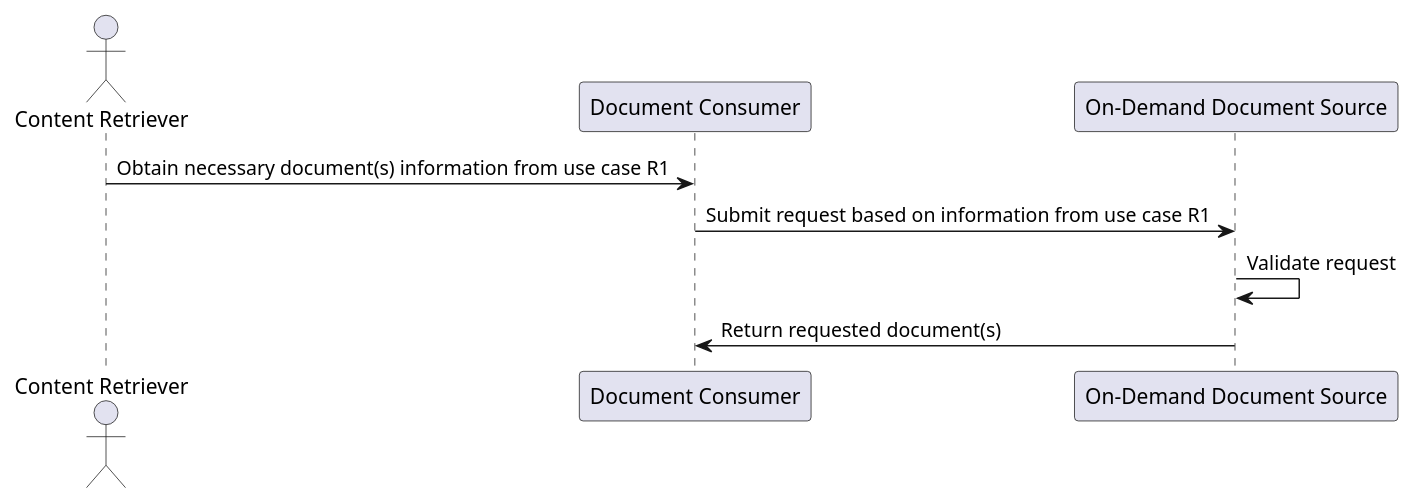
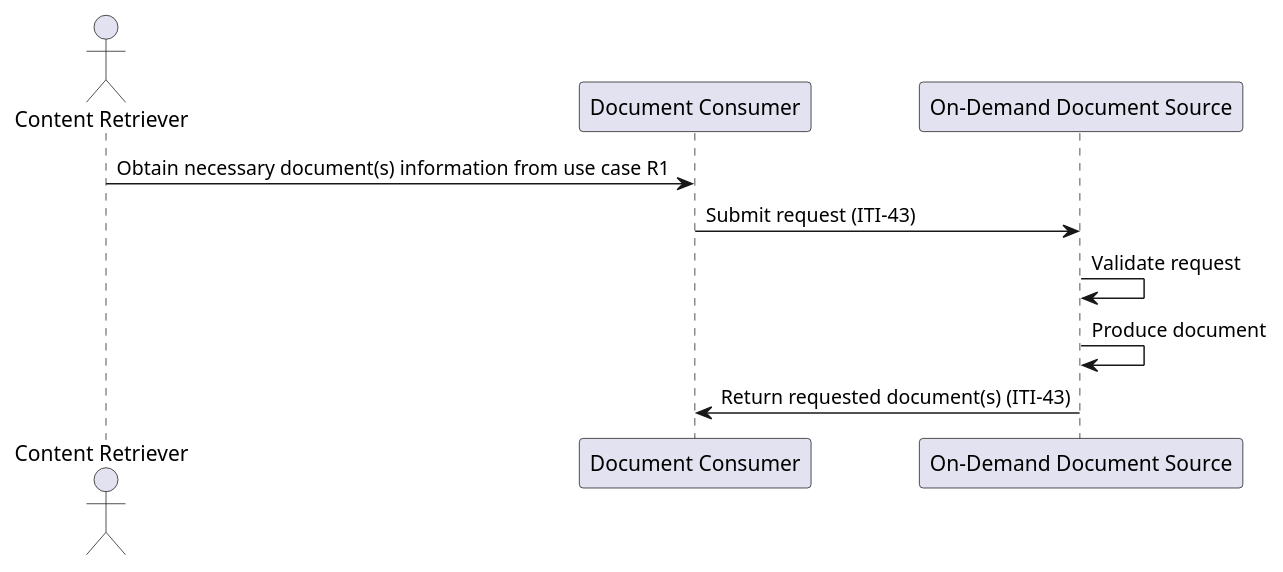
Before and after one commit to medcomdk/dk-medcom-document: the diagram in puml/sequence-r3.puml, drawn with PlantUML. The commit also changed 9 other files, not shown here.

Commit message:
Updated sequence diagrams

```diff
--- a/puml/sequence-r3.puml
+++ b/puml/sequence-r3.puml
@@ -1,10 +1,11 @@
 @startuml
 actor "Content Retriever" as CR
 participant "Document Consumer" as DC
 participant "On-Demand Document Source" as ODDS
 
 CR -> DC: Obtain necessary document(s) information from use case R1
-DC -> ODDS: Submit request based on information from use case R1
+DC -> ODDS: Submit request (ITI-43)
 ODDS -> ODDS: Validate request
-ODDS -> DC: Return requested document(s)
+ODDS -> ODDS: Produce document
+ODDS -> DC: Return requested document(s) (ITI-43)
 @enduml
```
